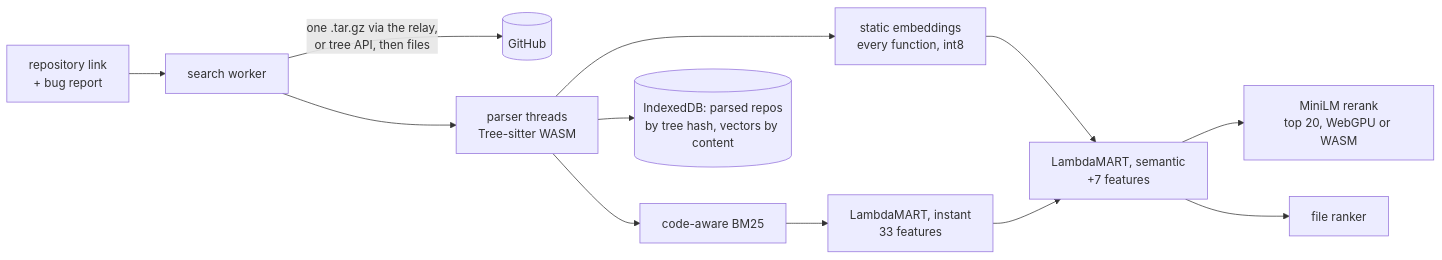
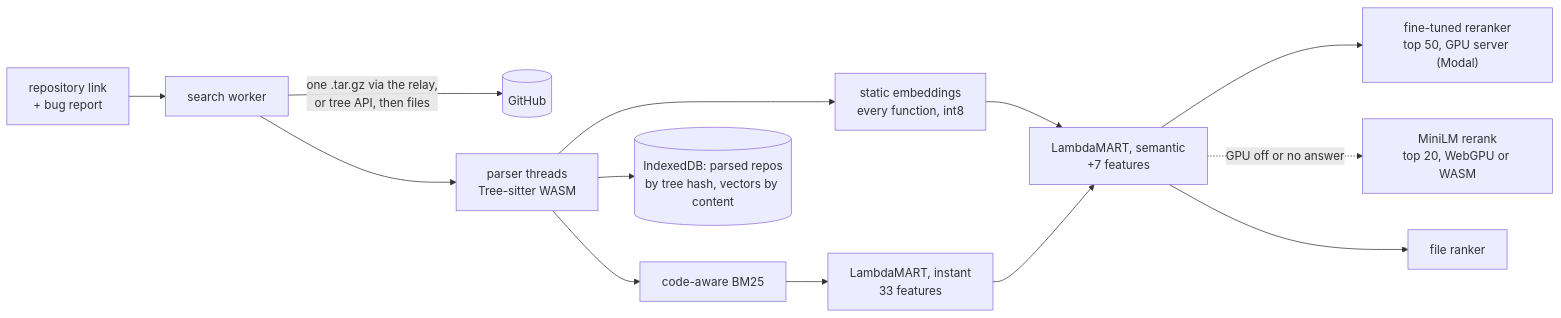
Before and after one commit to Lazeeez/Odin: the third of 3 diagrams in README.md, drawn with Mermaid. The commit also changed other lines of this file, not shown here.

Commit message:
Bring the README up to date: six languages, the GPU reranker and its measurements, live accuracy, the Worker's routes, page weight, and ADRs 0021 to 0026

````diff
--- a/README.md
+++ b/README.md
@@ -214,13 +222,14 @@
 ```mermaid
 flowchart LR
     U["repository link<br/>+ bug report"] --> W[search worker]
     W -->|"one .tar.gz via the relay,<br/>or tree API, then files"| GH[(GitHub)]
     W --> PT["parser threads<br/>Tree-sitter WASM"]
     PT --> BM[code-aware BM25]
     PT --> SE["static embeddings<br/>every function, int8"]
     BM --> L1["LambdaMART, instant<br/>33 features"]
     SE --> L2["LambdaMART, semantic<br/>+7 features"]
-    L1 --> L2 --> RR["MiniLM rerank<br/>top 20, WebGPU or WASM"]
+    L1 --> L2 --> GPU["fine-tuned reranker<br/>top 50, GPU server (Modal)"]
+    L2 -.->|"GPU off or no answer"| RR["MiniLM rerank<br/>top 20, WebGPU or WASM"]
     L2 --> FR[file ranker]
     PT --> IDB[(IndexedDB: parsed repos<br/>by tree hash, vectors by content)]
 ```
````
